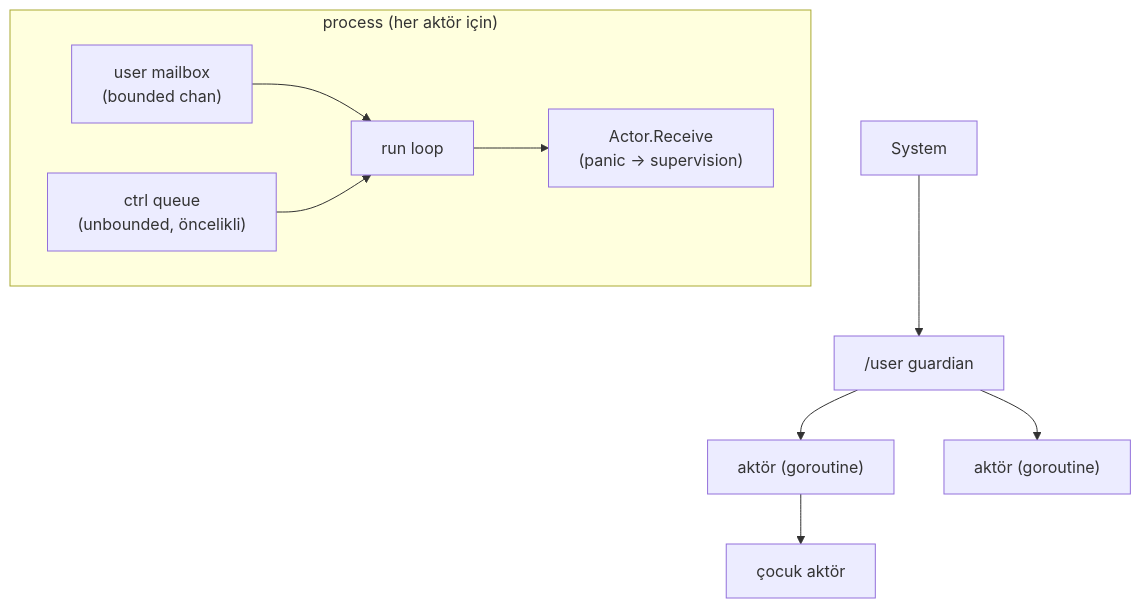
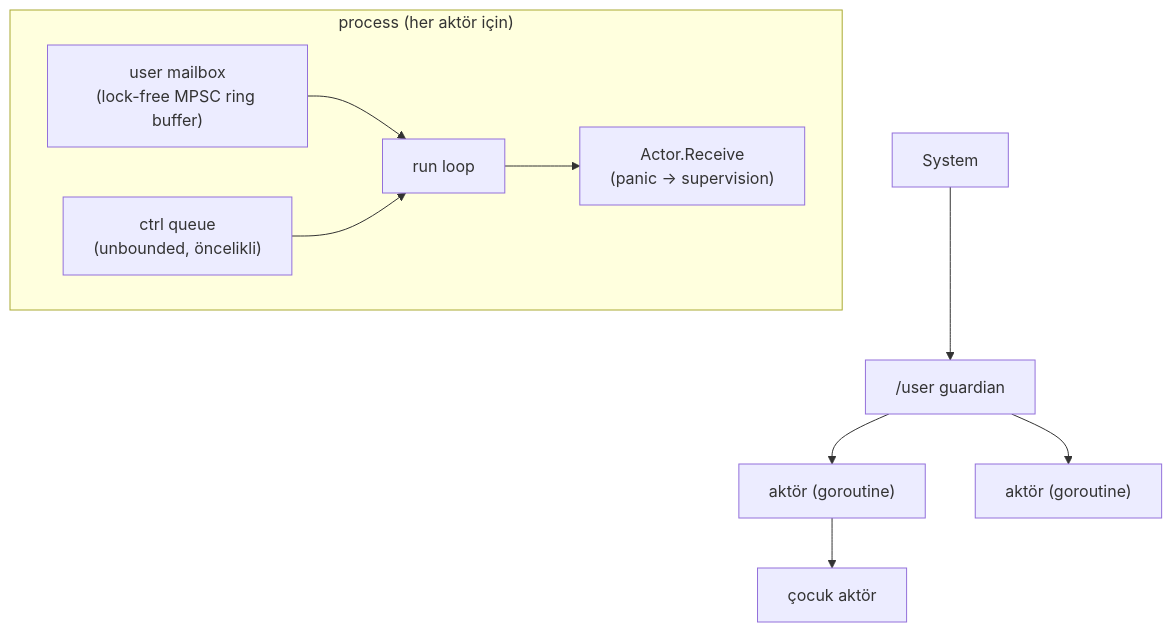
The diagram in README.md (metinkaryagdi/shardlands), drawn with Mermaid before and after one commit. The commit also changed other lines of this file and 9 other files, not shown here.

First line of the commit message:
faz0(ringbuf): lock-free MPSC ring buffer + actor mailbox entegrasyonu

````diff
--- a/README.md
+++ b/README.md
@@ -34,12 +34,12 @@
 ```mermaid
 graph TD
     S[System] --> G["/user guardian"]
     G --> A["aktör (goroutine)"]
     G --> B["aktör (goroutine)"]
     A --> C["çocuk aktör"]
     subgraph Process["process (her aktör için)"]
-        MB["user mailbox<br/>(bounded chan)"] --> LOOP["run loop"]
+        MB["user mailbox<br/>(lock-free MPSC ring buffer)"] --> LOOP["run loop"]
         CQ["ctrl queue<br/>(unbounded, öncelikli)"] --> LOOP
         LOOP --> ACT["Actor.Receive<br/>(panic -> supervision)"]
     end
 ```
````
